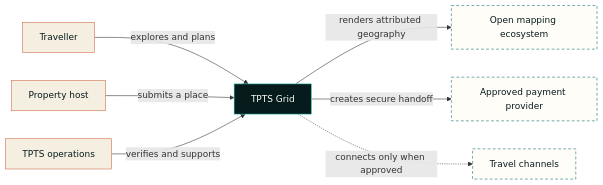
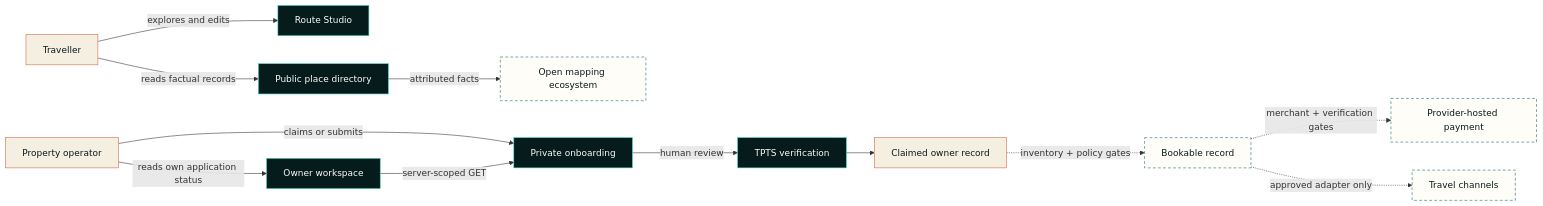
One commit to freeman-ipumbu/tpts-grid-case-study changed the first of 2 diagrams in docs/architecture.md. Above: the diagram before and after it, drawn with Mermaid. The commit also changed other lines of this file and 5 other files, not shown here.

Commit message:
Document the TPTS Grid launch pilot

````diff
--- a/docs/architecture.md
+++ b/docs/architecture.md
@@ -13,16 +29,21 @@
 ```mermaid
 flowchart LR
-    traveller[Traveller] -->|explores and plans| grid[TPTS Grid]
-    host[Property host] -->|submits a place| grid
-    ops[TPTS operations] -->|verifies and supports| grid
-    grid -->|renders attributed geography| maps[Open mapping ecosystem]
-    grid -->|creates secure handoff| payment[Approved payment provider]
-    grid -.->|connects only when approved| channels[Travel channels]
+    traveller[Traveller] -->|explores and edits| route[Route Studio]
+    traveller -->|reads factual records| directory[Public place directory]
+    host[Property operator] -->|claims or submits| onboarding[Private onboarding]
+    host -->|reads own application status| workspace[Owner workspace]
+    workspace -->|server-scoped GET| onboarding
+    onboarding -->|human review| ops[TPTS verification]
+    directory -->|attributed facts| maps[Open mapping ecosystem]
+    ops --> claimed[Claimed owner record]
+    claimed -. inventory + policy gates .-> bookable[Bookable record]
+    bookable -. merchant + verification gates .-> payment[Provider-hosted payment]
+    bookable -. approved adapter only .-> channels[Travel channels]
 
     classDef core fill:#061b1c,stroke:#42d5bd,color:#fffdf7;
     classDef human fill:#f5efe2,stroke:#ce6842,color:#061b1c;
     classDef external fill:#fffdf7,stroke:#0d6872,color:#061b1c,stroke-dasharray:5 4;
-    class grid core;
-    class traveller,host,ops human;
-    class maps,payment,channels external;
+    class route,directory,onboarding,workspace,ops core;
+    class traveller,host,claimed human;
+    class maps,bookable,payment,channels external;
 ```
````
